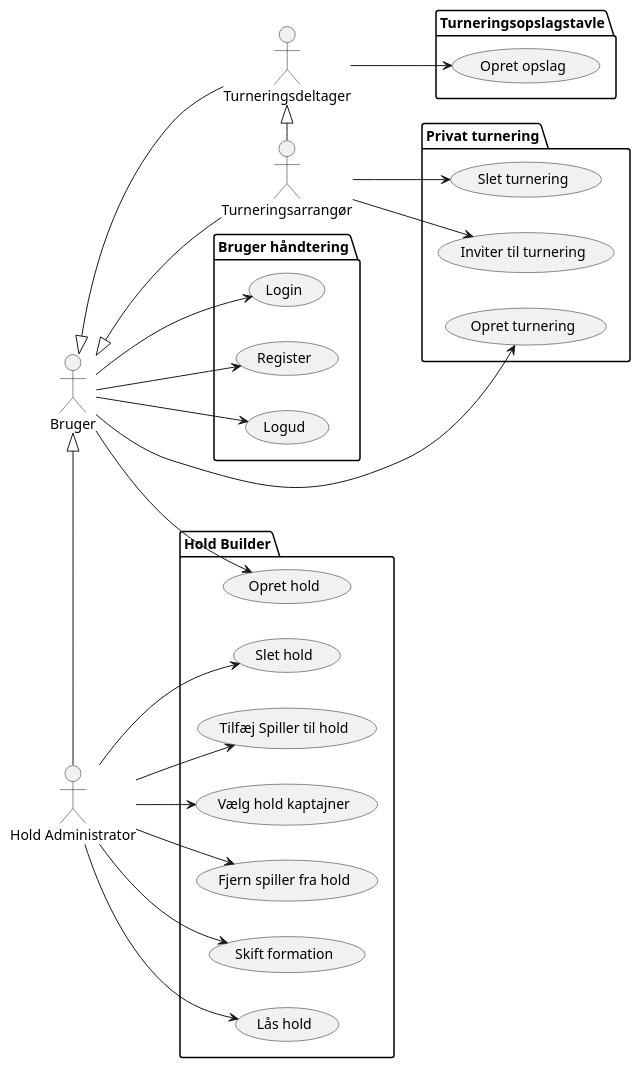
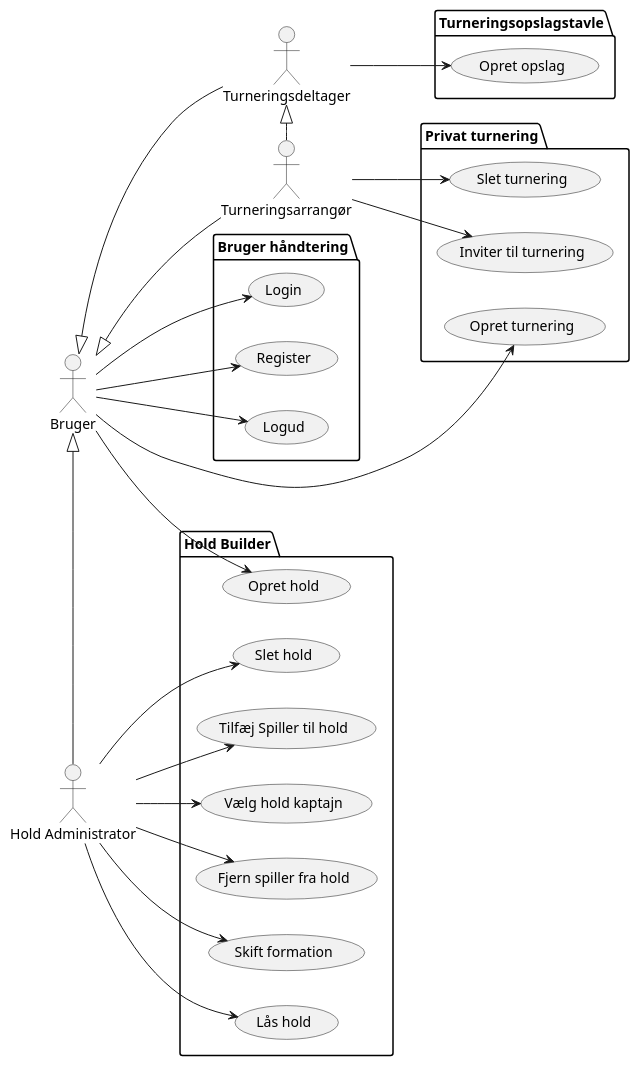
The diagram in docs/UseCase.puml (JKMN-Projects/TeamTactics), drawn with PlantUML before and after one commit.

```diff
--- a/docs/UseCase.puml
+++ b/docs/UseCase.puml
@@ -1,53 +1,53 @@
 @startuml Must Have usecases
 left to right direction
 
 actor :Bruger: as User
 actor :Hold Administrator: as HoldAdministrator
 User <|- HoldAdministrator
 actor :Turneringsarrangør: as TurneyPlanner
 User <|-- TurneyPlanner
 actor :Turneringsdeltager: as TurneyAttendeee
 User <|-- TurneyAttendeee
 TurneyAttendeee <|- TurneyPlanner
 
 package "Bruger håndtering" {
     usecase "Login" as (Login)
     usecase "Register" as (Register)
     usecase "Logud" as (Logout)
 }
 User --> (Login)
 User --> (Register)
 User --> (Logout)
 
 package "Hold Builder" {
     usecase "Opret hold" as (createTeam)
     usecase "Slet hold" as (deleteTeam)
     usecase "Tilfæj Spiller til hold" as (addTeamPlayer)
-    usecase "Vælg hold kaptajner" as (pickTeamCaptain)
+    usecase "Vælg hold kaptajn" as (pickTeamCaptain)
     usecase "Fjern spiller fra hold" as (removeTeamPlayer)
     usecase "Skift formation" as (changeFormation)
     usecase "Lås hold" as (lockTeam)
 }
 User --> (createTeam)
 HoldAdministrator --> (deleteTeam)
 HoldAdministrator --> (addTeamPlayer)
 HoldAdministrator --> (pickTeamCaptain)
 HoldAdministrator --> (removeTeamPlayer)
 HoldAdministrator --> (changeFormation)
 HoldAdministrator --> (lockTeam)
 
 package "Privat turnering" {
     usecase "Opret turnering" as (createTournament)
     usecase "Inviter til turnering" as (inviteToTournament)
     usecase "Slet turnering" as (deleteTournament)
 }
 User --> (createTournament)
 TurneyPlanner --> (inviteToTournament)
 TurneyPlanner --> (deleteTournament)
 
 package "Turneringsopslagstavle" {
     usecase "Opret opslag" as (createBulletin)
 }
 TurneyAttendeee --> (createBulletin)
 
 @enduml 
```
